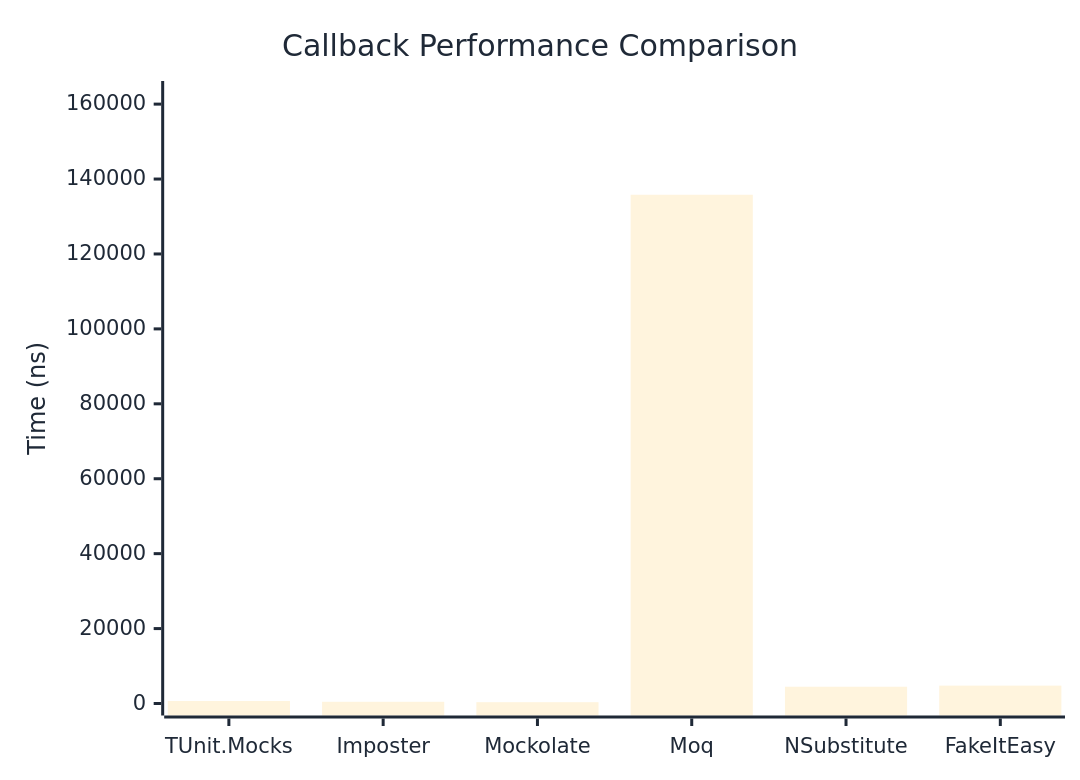
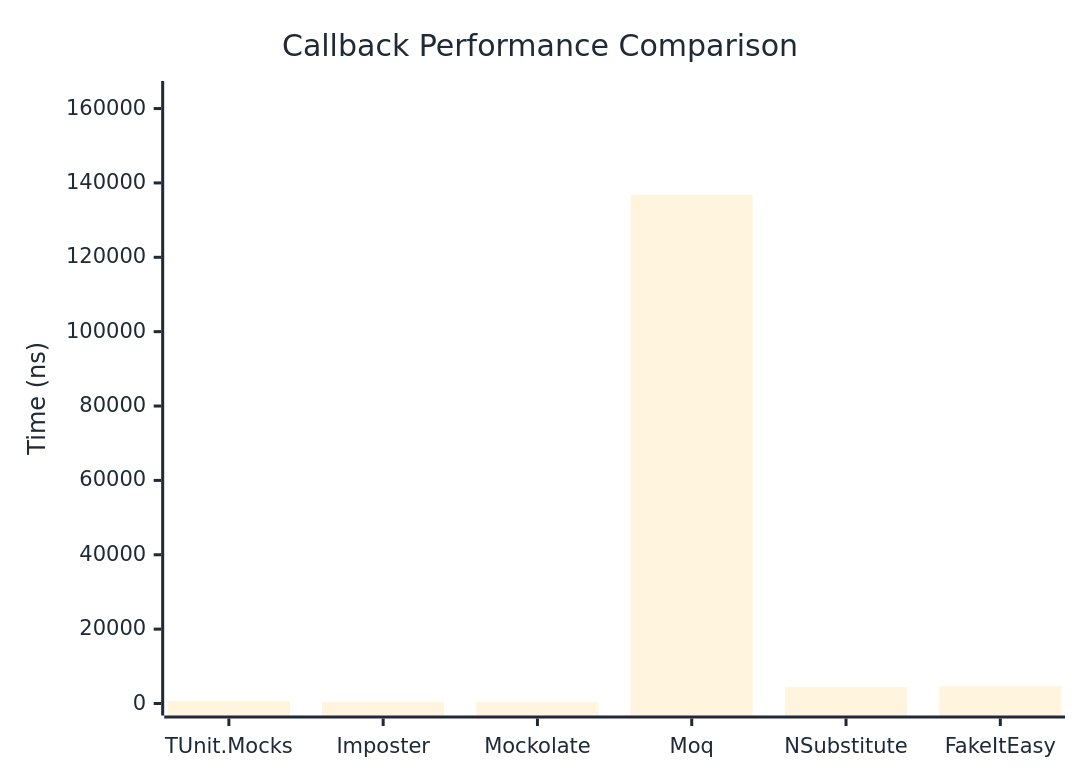
Before and after one commit to thomhurst/TUnit: the first of 2 diagrams in docs/docs/benchmarks/mocks/Callback.md, drawn with Mermaid. The commit also changed other lines of this file and 14 other files, not shown here.

````diff
--- a/docs/docs/benchmarks/mocks/Callback.md
+++ b/docs/docs/benchmarks/mocks/Callback.md
@@ -30,27 +30,27 @@
 ```mermaid
 %%{init: {
   'theme':'base',
   'themeVariables': {
     'primaryColor': '#2563eb',
     'primaryTextColor': '#1f2937',
     'primaryBorderColor': '#1e40af',
     'lineColor': '#6b7280',
     'secondaryColor': '#7c3aed',
     'tertiaryColor': '#dc2626',
     'background': '#ffffff',
     'pie1': '#2563eb',
     'pie2': '#7c3aed',
     'pie3': '#dc2626',
     'pie4': '#f59e0b',
     'pie5': '#10b981',
     'pie6': '#06b6d4',
     'pie7': '#ec4899',
     'pie8': '#6366f1'
   }
 }}%%
 xychart-beta
   title "Callback Performance Comparison"
   x-axis ["TUnit.Mocks", "Imposter", "Mockolate", "Moq", "NSubstitute", "FakeItEasy"]
-  y-axis "Time (ns)" 0 --> 162969
-  bar [660.5, 459.7, 351, 135807.3, 4478.7, 4770.3]
+  y-axis "Time (ns)" 0 --> 164184
+  bar [657.6, 463, 343.5, 136819.7, 4397.9, 4632.3]
 ```
````
